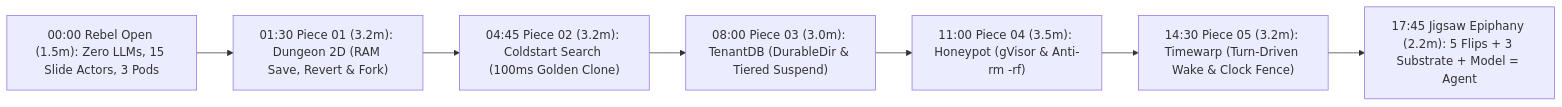
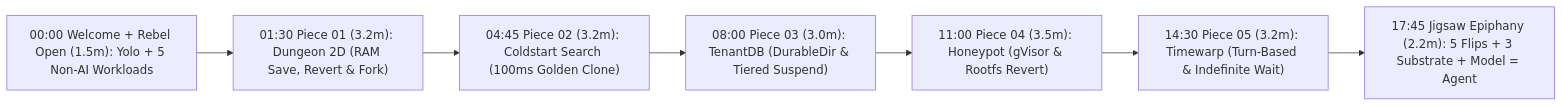
The first of 2 diagrams in docs/talk-outline.md (moficodes/anything-but-agents), drawn with Mermaid before and after one commit. The commit also changed other lines of this file and 10 other files, not shown here.

````diff
--- a/docs/talk-outline.md
+++ b/docs/talk-outline.md
@@ -20,12 +20,12 @@
 ```mermaid
 flowchart LR
-    Open["00:00 Rebel Open (1.5m): Zero LLMs, 15 Slide Actors, 3 Pods"]
+    Open["00:00 Welcome + Rebel Open (1.5m): Yolo + 5 Non-AI Workloads"]
     D1["01:30 Piece 01 (3.2m): Dungeon 2D (RAM Save, Revert & Fork)"]
     D2["04:45 Piece 02 (3.2m): Coldstart Search (100ms Golden Clone)"]
     D3["08:00 Piece 03 (3.0m): TenantDB (DurableDir & Tiered Suspend)"]
-    D4["11:00 Piece 04 (3.5m): Honeypot (gVisor & Anti-rm -rf)"]
-    D5["14:30 Piece 05 (3.2m): Timewarp (Turn-Driven Wake & Clock Fence)"]
+    D4["11:00 Piece 04 (3.5m): Honeypot (gVisor & Rootfs Revert)"]
+    D5["14:30 Piece 05 (3.2m): Timewarp (Turn-Based & Indefinite Wait)"]
     Close["17:45 Jigsaw Epiphany (2.2m): 5 Flips + 3 Substrate + Model = Agent"]
 
     Open --> D1 --> D2 --> D3 --> D4 --> D5 --> Close
 ```
````
